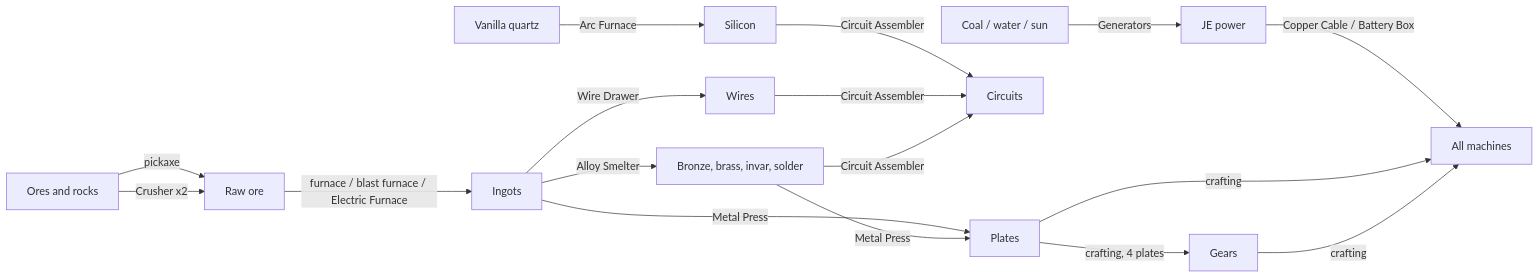
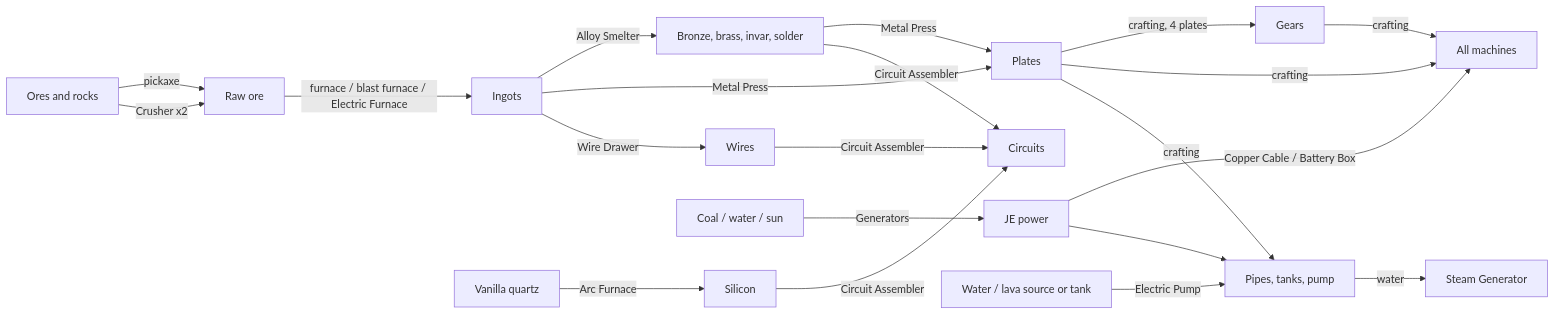
Before and after one commit to Narvisius/jugcraft: the diagram in docs/TECH_TREE.md, drawn with Mermaid. The commit also changed other lines of this file and 45 other files, not shown here.

First line of the commit message:
Fluid system (pipes, tank, pump) and tech-mod style cables/pipes (#10)

````diff
--- a/docs/TECH_TREE.md
+++ b/docs/TECH_TREE.md
@@ -19,16 +19,20 @@
 ```mermaid
 flowchart LR
     Ore[Ores and rocks] -->|pickaxe| Raw[Raw ore]
     Ore -->|Crusher x2| Raw
     Raw -->|furnace / blast furnace / Electric Furnace| Ingot[Ingots]
     Ingot -->|Alloy Smelter| Alloy[Bronze, brass, invar, solder]
     Ingot -->|Metal Press| Plate[Plates]
     Alloy -->|Metal Press| Plate
     Plate -->|crafting, 4 plates| Gear[Gears]
     Ingot -->|Wire Drawer| Wire[Wires]
     Quartz[Vanilla quartz] -->|Arc Furnace| Silicon
     Silicon & Wire & Alloy -->|Circuit Assembler| Circuit[Circuits]
     Coal[Coal / water / sun] -->|Generators| Power[JE power]
     Power -->|Copper Cable / Battery Box| Machines[All machines]
     Plate & Gear -->|crafting| Machines
+    Plate -->|crafting| Fluid[Pipes, tanks, pump]
+    Water[Water / lava source or tank] -->|Electric Pump| Fluid
+    Fluid -->|water| Steam[Steam Generator]
+    Power --> Fluid
 ```
````
